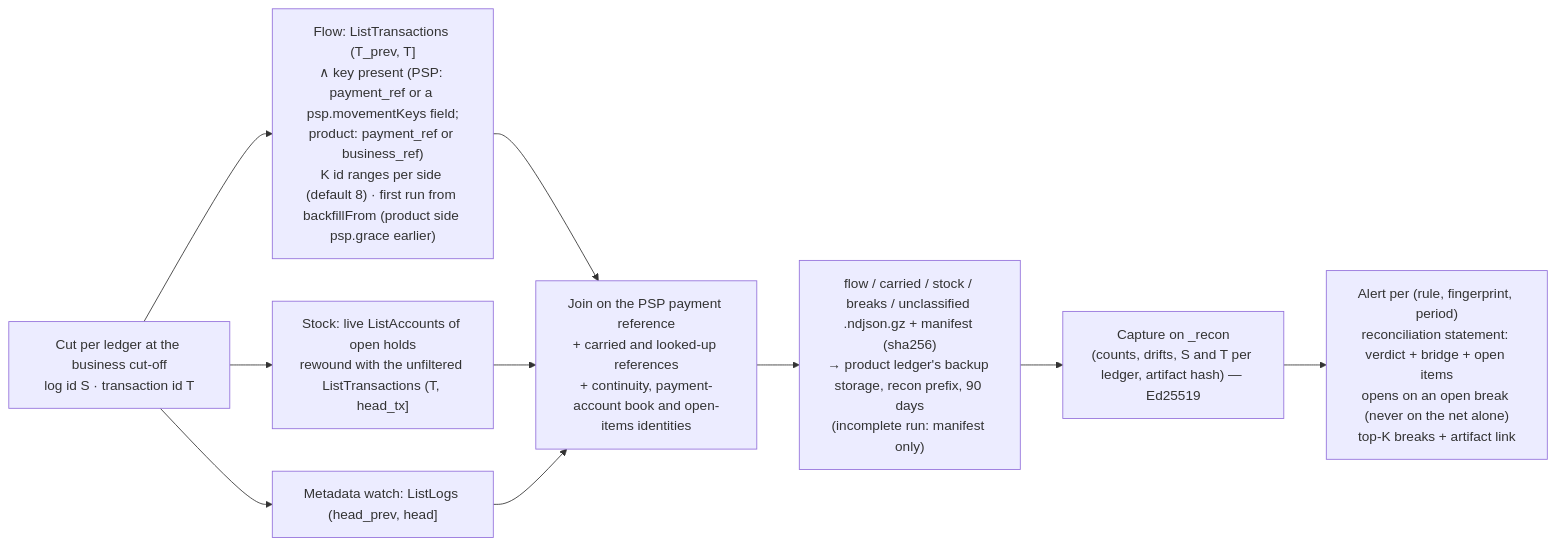
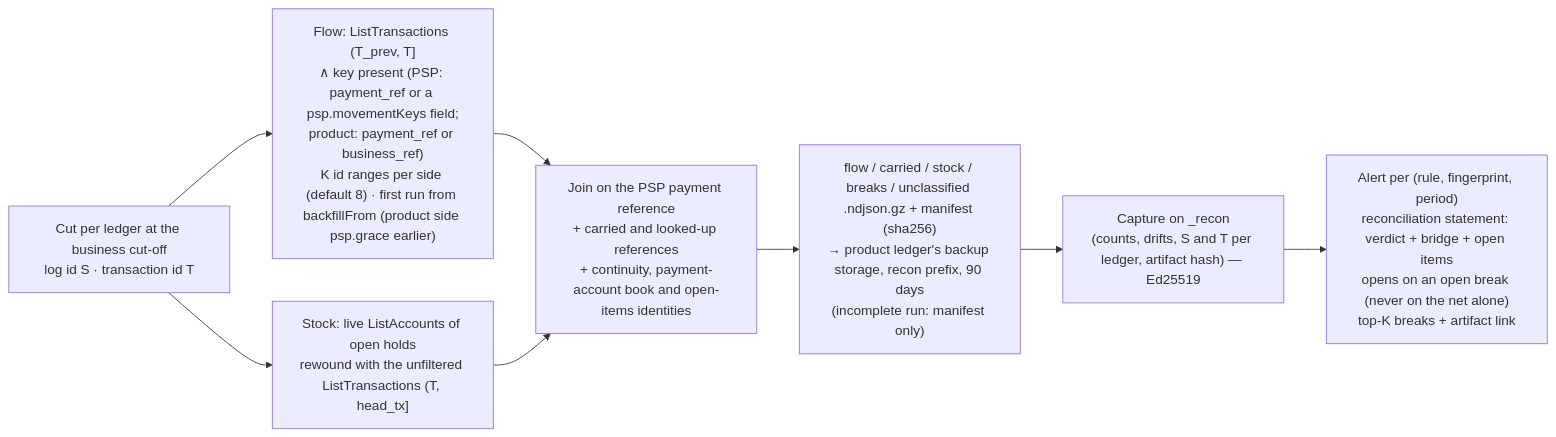
Before and after one commit to formancehq/reconciliation: the ninth of 9 diagrams in docs/technical/workflows.md, drawn with Mermaid. The commit also changed 25 other files, not shown here.

````diff
--- a/docs/technical/workflows.md
+++ b/docs/technical/workflows.md
@@ -326,12 +326,10 @@
 ```mermaid
 flowchart LR
     Cut["Cut per ledger at the business cut-off<br/>log id S · transaction id T"] --> Flow["Flow: ListTransactions (T_prev, T]<br/>∧ key present (PSP: payment_ref or a psp.movementKeys field;<br/>product: payment_ref or business_ref)<br/>K id ranges per side (default 8) · first run from backfillFrom (product side psp.grace earlier)"]
     Cut --> Stock["Stock: live ListAccounts of open holds<br/>rewound with the unfiltered ListTransactions (T, head_tx]"]
-    Cut --> Watch["Metadata watch: ListLogs (head_prev, head]"]
     Flow --> Join["Join on the PSP payment reference<br/>+ carried and looked-up references<br/>+ continuity, payment-account book and open-items identities"]
     Stock --> Join
-    Watch --> Join
     Join --> Art["flow / carried / stock / breaks / unclassified .ndjson.gz + manifest (sha256)<br/>→ product ledger's backup storage, recon prefix, 90 days<br/>(incomplete run: manifest only)"]
     Art --> Cap["Capture on _recon<br/>(counts, drifts, S and T per ledger, artifact hash) — Ed25519"]
     Cap --> Alert["Alert per (rule, fingerprint, period)<br/>reconciliation statement: verdict + bridge + open items<br/>opens on an open break (never on the net alone)<br/>top-K breaks + artifact link"]
 ```
````
